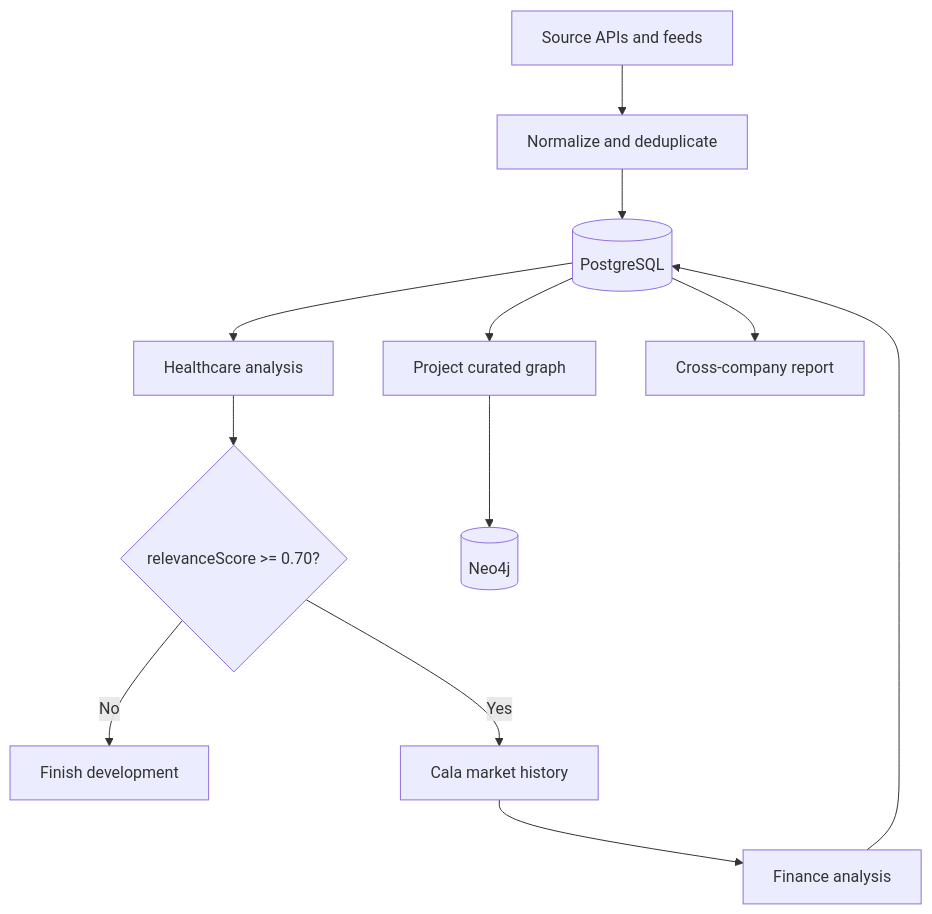
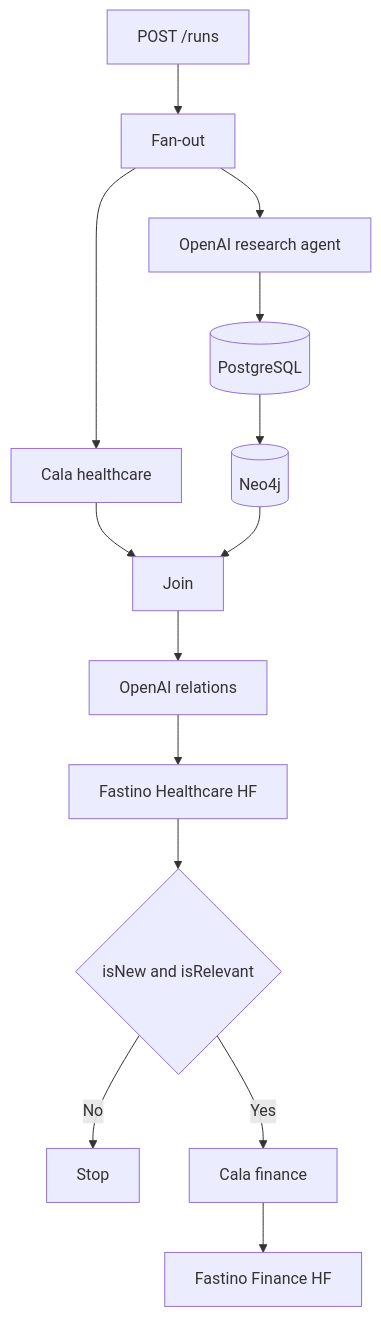
The first of 2 diagrams in docs/superpowers/plans/2026-08-29-healthcare-market-intelligence.md (MarcAltabella/Cala-OpenAI), drawn with Mermaid before and after one commit. The commit also changed other lines of this file and 1 other file, not shown here.

Commit message:
docs: define agent run and model architecture

````diff
--- a/docs/superpowers/plans/2026-08-29-healthcare-market-intelligence.md
+++ b/docs/superpowers/plans/2026-08-29-healthcare-market-intelligence.md
@@ -39,14 +46,16 @@
 ```mermaid
 flowchart TD
-  A[Source APIs and feeds] --> B[Normalize and deduplicate]
-  B --> C[(PostgreSQL)]
-  C --> D[Healthcare analysis]
-  D --> E{relevanceScore >= 0.70?}
-  E -- No --> H[Finish development]
-  E -- Yes --> F[Cala market history]
-  F --> G[Finance analysis]
-  G --> C
-  C --> I[Project curated graph]
-  I --> J[(Neo4j)]
-  C --> K[Cross-company report]
+  R[POST /runs] --> P[Fan-out]
+  P --> C[Cala healthcare]
+  P --> A[OpenAI research agent]
+  A --> PG[(PostgreSQL)]
+  PG --> NJ[(Neo4j)]
+  C --> J[Join]
+  NJ --> J
+  J --> Rel[OpenAI relations]
+  Rel --> FH[Fastino Healthcare HF]
+  FH --> G{isNew and isRelevant}
+  G -- No --> S[Stop]
+  G -- Yes --> CF[Cala finance]
+  CF --> FF[Fastino Finance HF]
 ```
````
